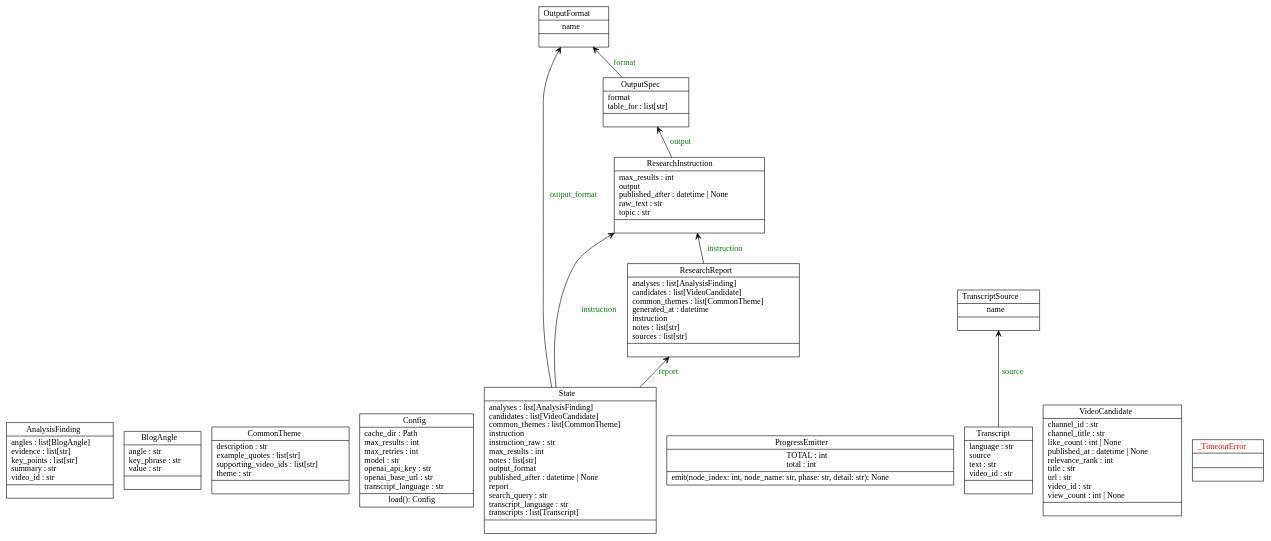
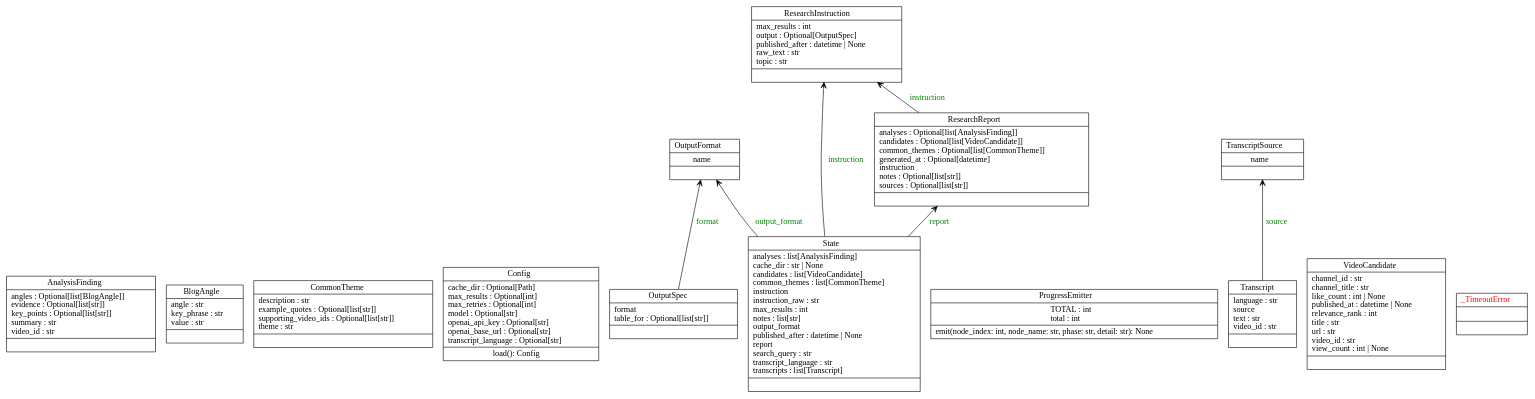
One commit to DMARU9/BLOG-TOOLS changed the diagram in youtube_trend_researcher/artifacts/pyreverse/classes_ytr.dot. Above: the diagram before and after it, drawn with Graphviz. The commit also changed 18 other files, not shown here.

```diff
--- a/youtube_trend_researcher/artifacts/pyreverse/classes_ytr.dot
+++ b/youtube_trend_researcher/artifacts/pyreverse/classes_ytr.dot
@@ -1,25 +1,24 @@
 digraph "classes_ytr" {
 rankdir=BT
 charset="utf-8"
-"youtube_trend_researcher.models.AnalysisFinding" [color="black", fontcolor="black", label=<{AnalysisFinding|angles : list[BlogAngle]<br ALIGN="LEFT"/>evidence : list[str]<br ALIGN="LEFT"/>key_points : list[str]<br ALIGN="LEFT"/>summary : str<br ALIGN="LEFT"/>video_id : str<br ALIGN="LEFT"/>|}>, shape="record", style="solid"];
+"youtube_trend_researcher.models.AnalysisFinding" [color="black", fontcolor="black", label=<{AnalysisFinding|angles : Optional[list[BlogAngle]]<br ALIGN="LEFT"/>evidence : Optional[list[str]]<br ALIGN="LEFT"/>key_points : Optional[list[str]]<br ALIGN="LEFT"/>summary : str<br ALIGN="LEFT"/>video_id : str<br ALIGN="LEFT"/>|}>, shape="record", style="solid"];
 "youtube_trend_researcher.models.BlogAngle" [color="black", fontcolor="black", label=<{BlogAngle|angle : str<br ALIGN="LEFT"/>key_phrase : str<br ALIGN="LEFT"/>value : str<br ALIGN="LEFT"/>|}>, shape="record", style="solid"];
-"youtube_trend_researcher.models.CommonTheme" [color="black", fontcolor="black", label=<{CommonTheme|description : str<br ALIGN="LEFT"/>example_quotes : list[str]<br ALIGN="LEFT"/>supporting_video_ids : list[str]<br ALIGN="LEFT"/>theme : str<br ALIGN="LEFT"/>|}>, shape="record", style="solid"];
-"youtube_trend_researcher.config.Config" [color="black", fontcolor="black", label=<{Config|cache_dir : Path<br ALIGN="LEFT"/>max_results : int<br ALIGN="LEFT"/>max_retries : int<br ALIGN="LEFT"/>model : str<br ALIGN="LEFT"/>openai_api_key : str<br ALIGN="LEFT"/>openai_base_url : str<br ALIGN="LEFT"/>transcript_language : str<br ALIGN="LEFT"/>|load(): Config<br ALIGN="LEFT"/>}>, shape="record", style="solid"];
+"youtube_trend_researcher.models.CommonTheme" [color="black", fontcolor="black", label=<{CommonTheme|description : str<br ALIGN="LEFT"/>example_quotes : Optional[list[str]]<br ALIGN="LEFT"/>supporting_video_ids : Optional[list[str]]<br ALIGN="LEFT"/>theme : str<br ALIGN="LEFT"/>|}>, shape="record", style="solid"];
+"youtube_trend_researcher.config.Config" [color="black", fontcolor="black", label=<{Config|cache_dir : Optional[Path]<br ALIGN="LEFT"/>max_results : Optional[int]<br ALIGN="LEFT"/>max_retries : Optional[int]<br ALIGN="LEFT"/>model : Optional[str]<br ALIGN="LEFT"/>openai_api_key : Optional[str]<br ALIGN="LEFT"/>openai_base_url : Optional[str]<br ALIGN="LEFT"/>transcript_language : Optional[str]<br ALIGN="LEFT"/>|load(): Config<br ALIGN="LEFT"/>}>, shape="record", style="solid"];
 "youtube_trend_researcher.models.OutputFormat" [color="black", fontcolor="black", label=<{OutputFormat|name<br ALIGN="LEFT"/>|}>, shape="record", style="solid"];
-"youtube_trend_researcher.models.OutputSpec" [color="black", fontcolor="black", label=<{OutputSpec|format<br ALIGN="LEFT"/>table_for : list[str]<br ALIGN="LEFT"/>|}>, shape="record", style="solid"];
+"youtube_trend_researcher.models.OutputSpec" [color="black", fontcolor="black", label=<{OutputSpec|format<br ALIGN="LEFT"/>table_for : Optional[list[str]]<br ALIGN="LEFT"/>|}>, shape="record", style="solid"];
 "youtube_trend_researcher.progress.ProgressEmitter" [color="black", fontcolor="black", label=<{ProgressEmitter|TOTAL : int<br ALIGN="LEFT"/>total : int<br ALIGN="LEFT"/>|emit(node_index: int, node_name: str, phase: str, detail: str): None<br ALIGN="LEFT"/>}>, shape="record", style="solid"];
-"youtube_trend_researcher.models.ResearchInstruction" [color="black", fontcolor="black", label=<{ResearchInstruction|max_results : int<br ALIGN="LEFT"/>output<br ALIGN="LEFT"/>published_after : datetime \| None<br ALIGN="LEFT"/>raw_text : str<br ALIGN="LEFT"/>topic : str<br ALIGN="LEFT"/>|}>, shape="record", style="solid"];
-"youtube_trend_researcher.models.ResearchReport" [color="black", fontcolor="black", label=<{ResearchReport|analyses : list[AnalysisFinding]<br ALIGN="LEFT"/>candidates : list[VideoCandidate]<br ALIGN="LEFT"/>common_themes : list[CommonTheme]<br ALIGN="LEFT"/>generated_at : datetime<br ALIGN="LEFT"/>instruction<br ALIGN="LEFT"/>notes : list[str]<br ALIGN="LEFT"/>sources : list[str]<br ALIGN="LEFT"/>|}>, shape="record", style="solid"];
-"youtube_trend_researcher.state.State" [color="black", fontcolor="black", label=<{State|analyses : list[AnalysisFinding]<br ALIGN="LEFT"/>candidates : list[VideoCandidate]<br ALIGN="LEFT"/>common_themes : list[CommonTheme]<br ALIGN="LEFT"/>instruction<br ALIGN="LEFT"/>instruction_raw : str<br ALIGN="LEFT"/>max_results : int<br ALIGN="LEFT"/>notes : list[str]<br ALIGN="LEFT"/>output_format<br ALIGN="LEFT"/>published_after : datetime \| None<br ALIGN="LEFT"/>report<br ALIGN="LEFT"/>search_query : str<br ALIGN="LEFT"/>transcript_language : str<br ALIGN="LEFT"/>transcripts : list[Transcript]<br ALIGN="LEFT"/>|}>, shape="record", style="solid"];
+"youtube_trend_researcher.models.ResearchInstruction" [color="black", fontcolor="black", label=<{ResearchInstruction|max_results : int<br ALIGN="LEFT"/>output : Optional[OutputSpec]<br ALIGN="LEFT"/>published_after : datetime \| None<br ALIGN="LEFT"/>raw_text : str<br ALIGN="LEFT"/>topic : str<br ALIGN="LEFT"/>|}>, shape="record", style="solid"];
+"youtube_trend_researcher.models.ResearchReport" [color="black", fontcolor="black", label=<{ResearchReport|analyses : Optional[list[AnalysisFinding]]<br ALIGN="LEFT"/>candidates : Optional[list[VideoCandidate]]<br ALIGN="LEFT"/>common_themes : Optional[list[CommonTheme]]<br ALIGN="LEFT"/>generated_at : Optional[datetime]<br ALIGN="LEFT"/>instruction<br ALIGN="LEFT"/>notes : Optional[list[str]]<br ALIGN="LEFT"/>sources : Optional[list[str]]<br ALIGN="LEFT"/>|}>, shape="record", style="solid"];
+"youtube_trend_researcher.state.State" [color="black", fontcolor="black", label=<{State|analyses : list[AnalysisFinding]<br ALIGN="LEFT"/>cache_dir : str \| None<br ALIGN="LEFT"/>candidates : list[VideoCandidate]<br ALIGN="LEFT"/>common_themes : list[CommonTheme]<br ALIGN="LEFT"/>instruction<br ALIGN="LEFT"/>instruction_raw : str<br ALIGN="LEFT"/>max_results : int<br ALIGN="LEFT"/>notes : list[str]<br ALIGN="LEFT"/>output_format<br ALIGN="LEFT"/>published_after : datetime \| None<br ALIGN="LEFT"/>report<br ALIGN="LEFT"/>search_query : str<br ALIGN="LEFT"/>transcript_language : str<br ALIGN="LEFT"/>transcripts : list[Transcript]<br ALIGN="LEFT"/>|}>, shape="record", style="solid"];
 "youtube_trend_researcher.models.Transcript" [color="black", fontcolor="black", label=<{Transcript|language : str<br ALIGN="LEFT"/>source<br ALIGN="LEFT"/>text : str<br ALIGN="LEFT"/>video_id : str<br ALIGN="LEFT"/>|}>, shape="record", style="solid"];
 "youtube_trend_researcher.models.TranscriptSource" [color="black", fontcolor="black", label=<{TranscriptSource|name<br ALIGN="LEFT"/>|}>, shape="record", style="solid"];
 "youtube_trend_researcher.models.VideoCandidate" [color="black", fontcolor="black", label=<{VideoCandidate|channel_id : str<br ALIGN="LEFT"/>channel_title : str<br ALIGN="LEFT"/>like_count : int \| None<br ALIGN="LEFT"/>published_at : datetime \| None<br ALIGN="LEFT"/>relevance_rank : int<br ALIGN="LEFT"/>title : str<br ALIGN="LEFT"/>url : str<br ALIGN="LEFT"/>video_id : str<br ALIGN="LEFT"/>view_count : int \| None<br ALIGN="LEFT"/>|}>, shape="record", style="solid"];
 "youtube_trend_researcher.graph._TimeoutError" [color="black", fontcolor="red", label=<{_TimeoutError|<br ALIGN="LEFT"/>|}>, shape="record", style="solid"];
 "youtube_trend_researcher.models.OutputSpec" -> "youtube_trend_researcher.models.OutputFormat" [arrowhead="vee", arrowtail="none", fontcolor="green", label="format", style="solid"];
 "youtube_trend_researcher.state.State" -> "youtube_trend_researcher.models.OutputFormat" [arrowhead="vee", arrowtail="none", fontcolor="green", label="output_format", style="solid"];
-"youtube_trend_researcher.models.ResearchInstruction" -> "youtube_trend_researcher.models.OutputSpec" [arrowhead="vee", arrowtail="none", fontcolor="green", label="output", style="solid"];
 "youtube_trend_researcher.models.ResearchReport" -> "youtube_trend_researcher.models.ResearchInstruction" [arrowhead="vee", arrowtail="none", fontcolor="green", label="instruction", style="solid"];
 "youtube_trend_researcher.state.State" -> "youtube_trend_researcher.models.ResearchInstruction" [arrowhead="vee", arrowtail="none", fontcolor="green", label="instruction", style="solid"];
 "youtube_trend_researcher.state.State" -> "youtube_trend_researcher.models.ResearchReport" [arrowhead="vee", arrowtail="none", fontcolor="green", label="report", style="solid"];
 "youtube_trend_researcher.models.Transcript" -> "youtube_trend_researcher.models.TranscriptSource" [arrowhead="vee", arrowtail="none", fontcolor="green", label="source", style="solid"];
 }
```
